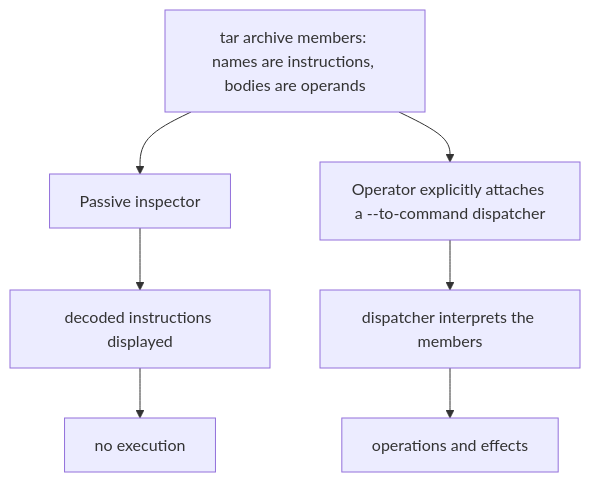
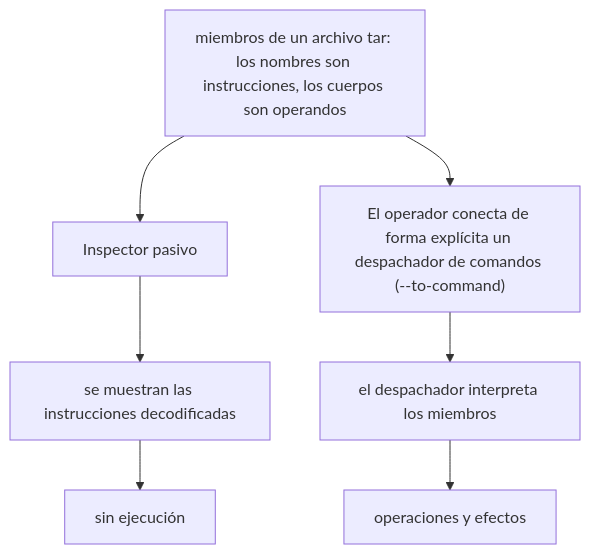
Before and after one commit to dullroar/aprende-a-programar-como-un-bicho-raro: the fourth of 4 diagrams in lessons/patrones.md, drawn with Mermaid. The commit also changed other lines of this file and 7 other files, not shown here.

````diff
--- a/lessons/patrones.md
+++ b/lessons/patrones.md
@@ -189,8 +189,8 @@
 ```mermaid
 flowchart TB
-    accTitle: The archive stores a program; the consumer determines whether it runs
-    accDescr: A forked diagram. Tar archive members, whose names are instructions and whose bodies are operands, go to one of two readers. A passive inspector displays the decoded instructions and executes nothing. If the operator explicitly attaches a to-command dispatcher, the dispatcher interprets the members and produces operations and effects.
-    ARC["tar archive members: names are instructions, bodies are operands"]
-    ARC --> I1["Passive inspector"] --> I2["decoded instructions displayed"] --> I3["no execution"]
-    ARC --> O1["Operator explicitly attaches a --to-command dispatcher"] --> O2["dispatcher interprets the members"] --> O3["operations and effects"]
+    accTitle: El archivo guarda un programa; el consumidor determina si se ejecuta
+    accDescr: Un diagrama bifurcado. Los miembros de un archivo tar, cuyos nombres son instrucciones y cuyos cuerpos son operandos, van a uno de dos lectores. Un inspector pasivo muestra las instrucciones decodificadas y no ejecuta nada. Si el operador conecta de forma explícita un despachador de comandos de destino, el despachador interpreta los miembros y produce operaciones y efectos.
+    ARC["miembros de un archivo tar: los nombres son instrucciones, los cuerpos son operandos"]
+    ARC --> I1["Inspector pasivo"] --> I2["se muestran las instrucciones decodificadas"] --> I3["sin ejecución"]
+    ARC --> O1["El operador conecta de forma explícita un despachador de comandos (--to-command)"] --> O2["el despachador interpreta los miembros"] --> O3["operaciones y efectos"]
 ```
````
